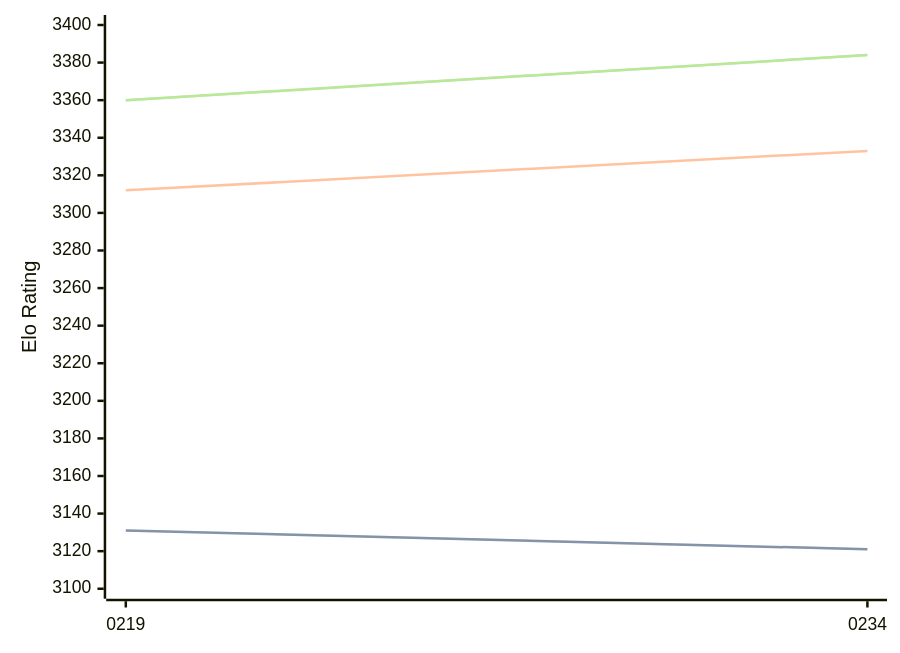
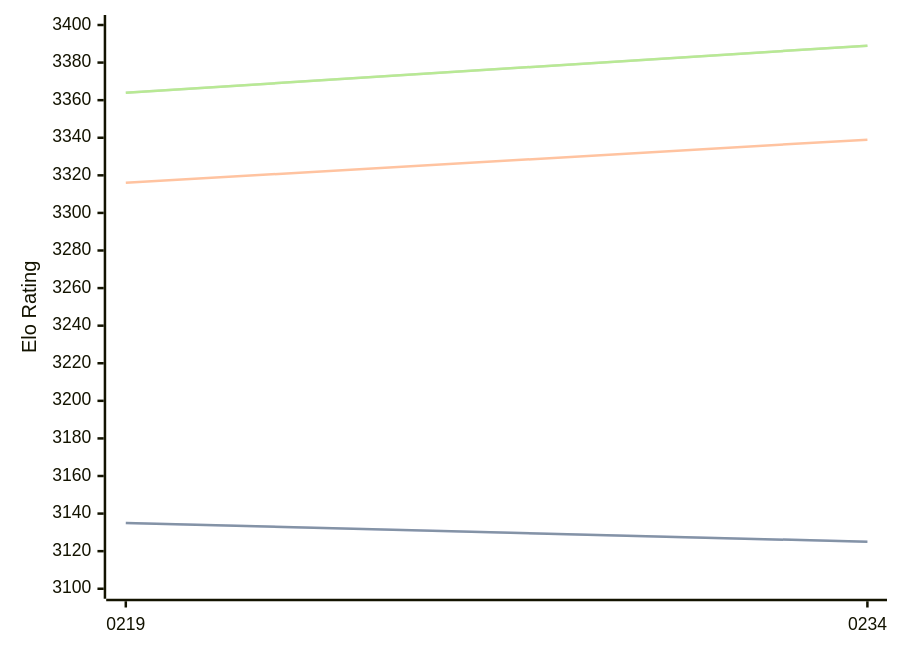
The diagram in engines/Ynode.md (computer-chess-index/cci), drawn with Mermaid before and after one commit. The commit also changed other lines of this file, not shown here.

Commit message:
Update CCI Ratings (ELO VLTC) - 2026-08-18

````diff
--- a/engines/Ynode.md
+++ b/engines/Ynode.md
@@ -32,11 +32,11 @@
 ```mermaid
 %%{init: {"theme":"base","themeVariables":{"seriesColors:['#a3a3a3','#222221','#faa371']}}}%%
 xychart-beta
   x-axis ["0219", "0234"]
   y-axis "Elo Rating" 3100 --> 3400
-  line "STC (8.0+0.08s)" [3131, 3121]
-  line "STC (8.0+0.08s)" [3131, 3121]
-  line "LTC (60.0+0.60s)" [3312, 3333]
-  line "VLTC (2m24s+1.12s)" [3360, 3384]
-  line "VLTC (2m24s+1.12s)" [3360, 3384]
+  line "STC (8.0+0.08s)" [3135, 3125]
+  line "STC (8.0+0.08s)" [3135, 3125]
+  line "LTC (60.0+0.60s)" [3316, 3339]
+  line "VLTC (2m24s+1.12s)" [3364, 3389]
+  line "VLTC (2m24s+1.12s)" [3364, 3389]
 ```
````
